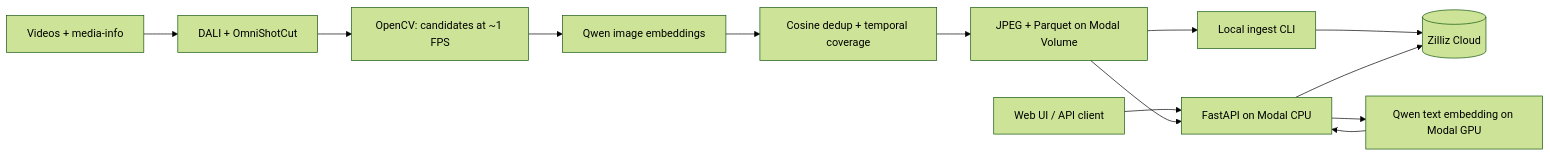
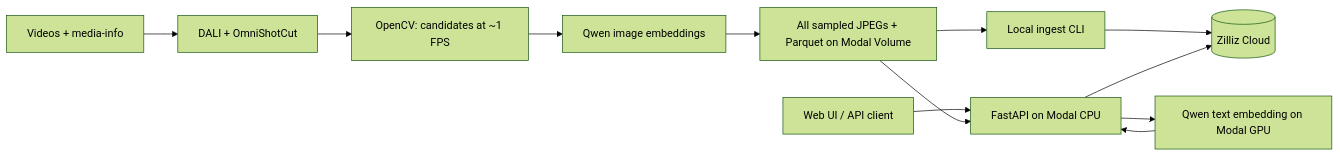
Before and after one commit to 24520152-ben/Axis-Semantic-Video-Search: the diagram in README.md, drawn with Mermaid (forest theme). The commit also changed other lines of this file, not shown here.

````diff
--- a/README.md
+++ b/README.md
@@ -22,15 +22,14 @@
 ```mermaid
 flowchart LR
     V[Videos + media-info] --> S[DALI + OmniShotCut]
     S --> C[OpenCV: candidates at ~1 FPS]
     C --> E[Qwen image embeddings]
-    E --> K[Cosine dedup + temporal coverage]
-    K --> O[JPEG + Parquet on Modal Volume]
+    E --> O[All sampled JPEGs + Parquet on Modal Volume]
     O --> I[Local ingest CLI]
     I --> Z[(Zilliz Cloud)]
     U[Web UI / API client] --> A[FastAPI on Modal CPU]
     A --> Q[Qwen text embedding on Modal GPU]
     Q --> A
     A --> Z
     O --> A
 ```
````
